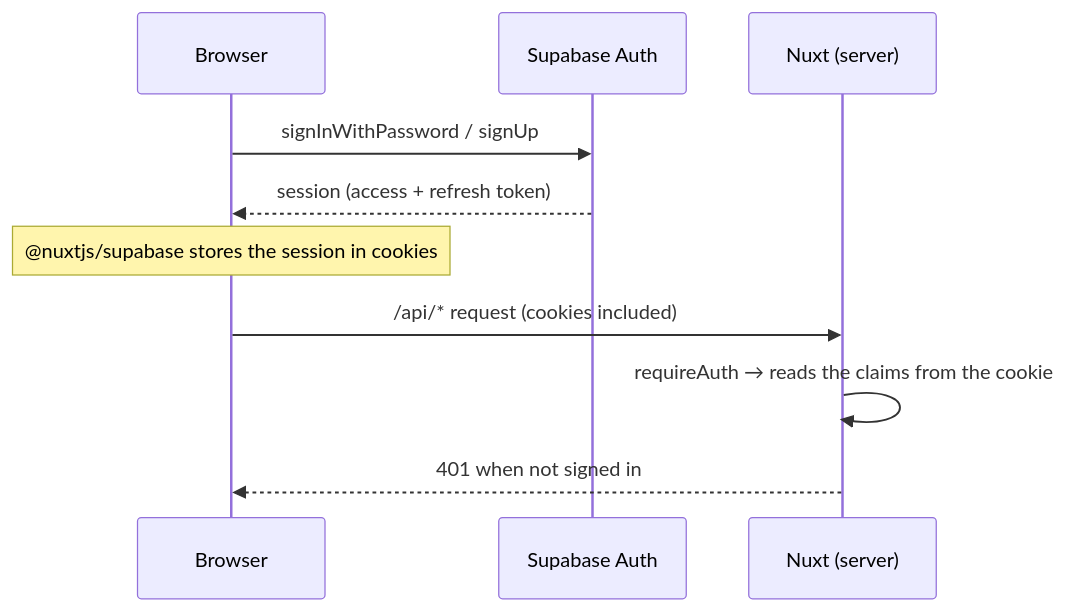
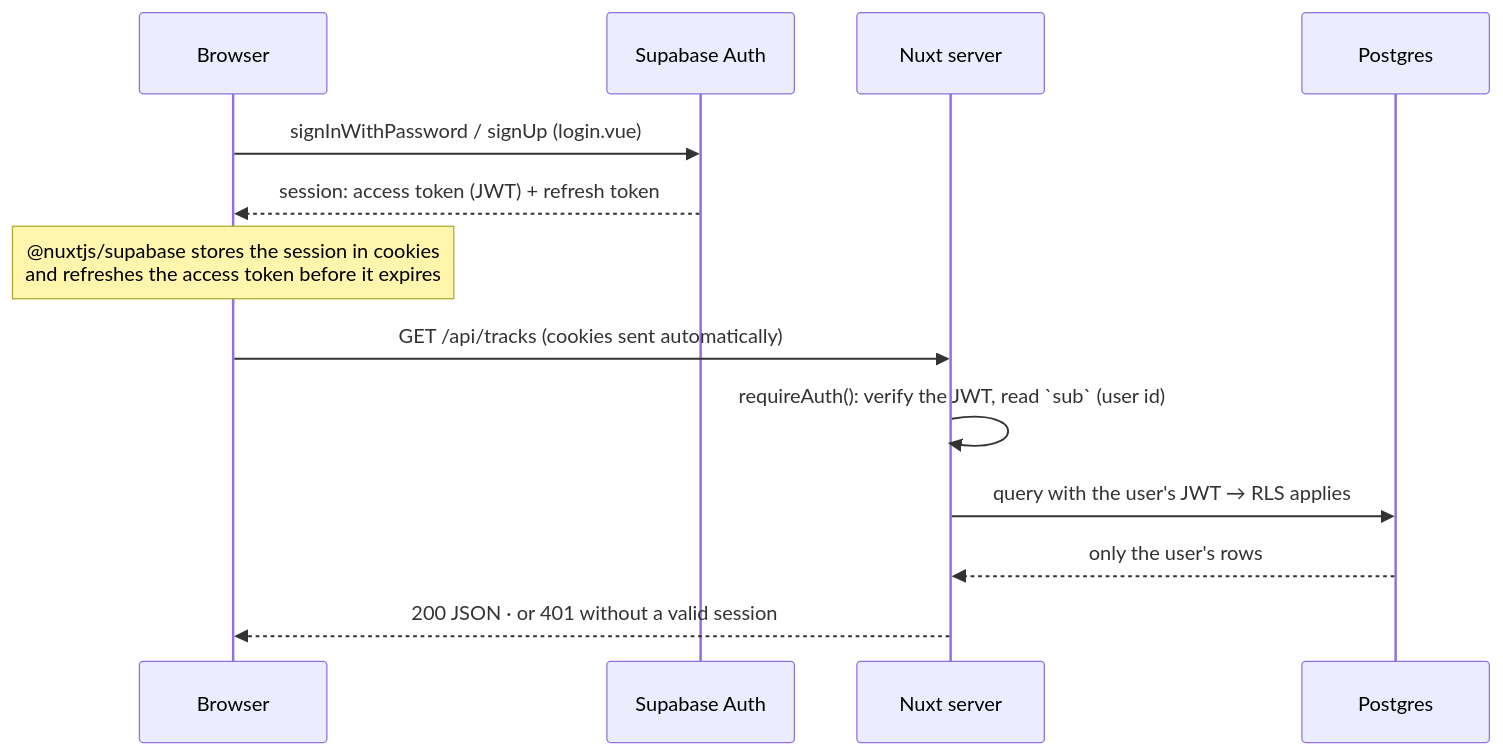
The second of 7 diagrams in README.md (alesssz/Chronovault), drawn with Mermaid before and after one commit. The commit also changed other lines of this file and 128 other files, not shown here.

````diff
--- a/README.md
+++ b/README.md
@@ -183,12 +323,15 @@
 ```mermaid
 sequenceDiagram
   participant B as Browser
   participant A as Supabase Auth
-  participant N as Nuxt (server)
-  B->>A: signInWithPassword / signUp
-  A-->>B: session (access + refresh token)
-  Note over B: @nuxtjs/supabase stores the session in cookies
-  B->>N: /api/* request (cookies included)
-  N->>N: requireAuth → reads the claims from the cookie
-  N-->>B: 401 when not signed in
+  participant N as Nuxt server
+  participant DB as Postgres
+  B->>A: signInWithPassword / signUp (login.vue)
+  A-->>B: session: access token (JWT) + refresh token
+  Note over B: @nuxtjs/supabase stores the session in cookies<br/>and refreshes the access token before it expires
+  B->>N: GET /api/tracks (cookies sent automatically)
+  N->>N: requireAuth(): verify the JWT, read `sub` (user id)
+  N->>DB: query with the user's JWT → RLS applies
+  DB-->>N: only the user's rows
+  N-->>B: 200 JSON · or 401 without a valid session
 ```
````
